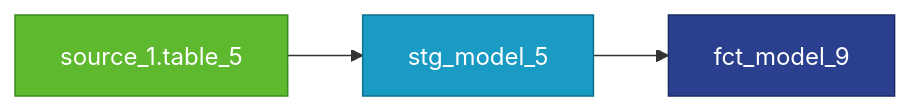
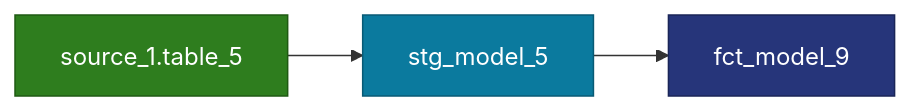
Before and after one commit to dbt-labs/dbt-project-evaluator: the fourth of 21 diagrams in docs/rules/modeling.md, drawn with Mermaid. The commit also changed other lines of this file and 6 other files, not shown here.

Commit message:
Readable Mermaid diagrams in both color schemes; scope the source selection note to dbt check

````diff
--- a/docs/rules/modeling.md
+++ b/docs/rules/modeling.md
@@ -93,11 +93,11 @@
 ```mermaid
 flowchart LR
-    classDef source fill:#5eb92f,stroke:#3d8a1c,color:#fff
-    classDef staging fill:#1a9bc4,stroke:#0e6f8f,color:#fff
-    classDef marts fill:#2b3f8f,stroke:#1c2a66,color:#fff
+    classDef source fill:#2e7d1e,stroke:#1f5a13,color:#fff
+    classDef staging fill:#0b7a9e,stroke:#085a75,color:#fff
+    classDef marts fill:#26357a,stroke:#1a2557,color:#fff
     source_1_table_5["source_1.table_5"]:::source
     stg_model_5["stg_model_5"]:::staging
     fct_model_9["fct_model_9"]:::marts
     source_1_table_5 --> stg_model_5
     stg_model_5 --> fct_model_9
 ```
````
